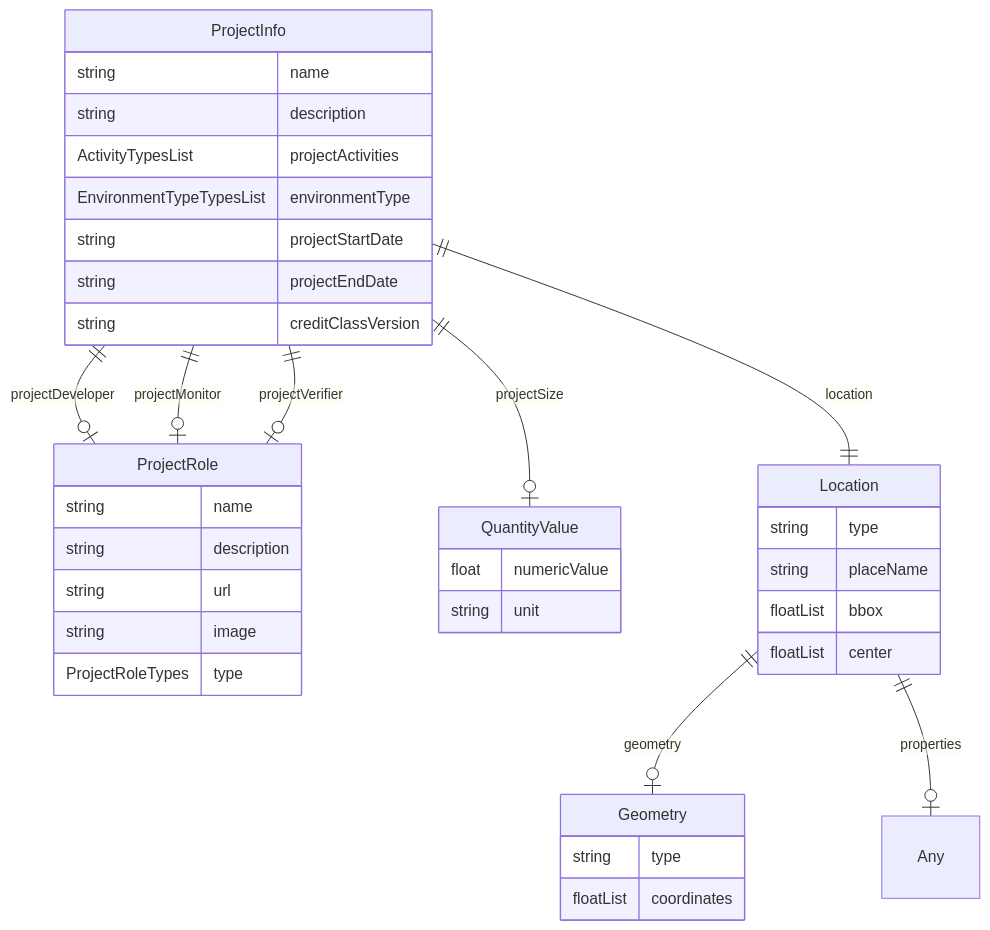
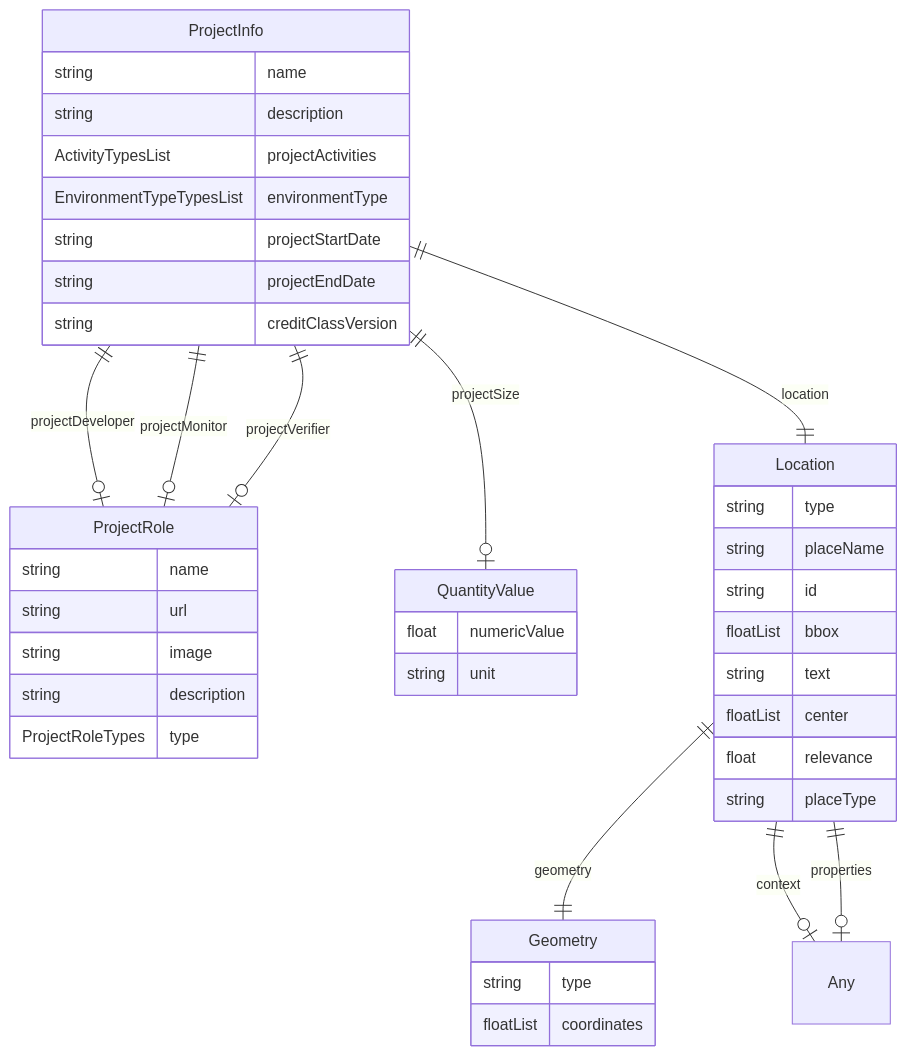
The diagram in schema/generated/ProjectInfo.md (regen-network/regen-data-standards), drawn with Mermaid before and after one commit. The commit also changed 17 other files, not shown here.

````diff
--- a/schema/generated/ProjectInfo.md
+++ b/schema/generated/ProjectInfo.md
@@ -11,45 +11,50 @@
 ```mermaid
 erDiagram
 ProjectInfo {
     string name  
     string description  
     ActivityTypesList projectActivities  
     EnvironmentTypeTypesList environmentType  
     string projectStartDate  
     string projectEndDate  
     string creditClassVersion  
 }
 ProjectRole {
     string name  
-    string description  
     string url  
     string image  
+    string description  
     ProjectRoleTypes type  
 }
 QuantityValue {
     float numericValue  
     string unit  
 }
 Location {
     string type  
     string placeName  
+    string id  
     floatList bbox  
+    string text  
     floatList center  
+    float relevance  
+    string placeType  
 }
 Any {
 
 }
 Geometry {
     string type  
     floatList coordinates  
 }
 
 ProjectInfo ||--|| Location : "location"
 ProjectInfo ||--|o QuantityValue : "projectSize"
 ProjectInfo ||--|o ProjectRole : "projectDeveloper"
 ProjectInfo ||--|o ProjectRole : "projectMonitor"
 ProjectInfo ||--|o ProjectRole : "projectVerifier"
-Location ||--|o Geometry : "geometry"
+Location ||--|| Geometry : "geometry"
+Location ||--|o Any : "context"
 Location ||--|o Any : "properties"
 
 ```
````
